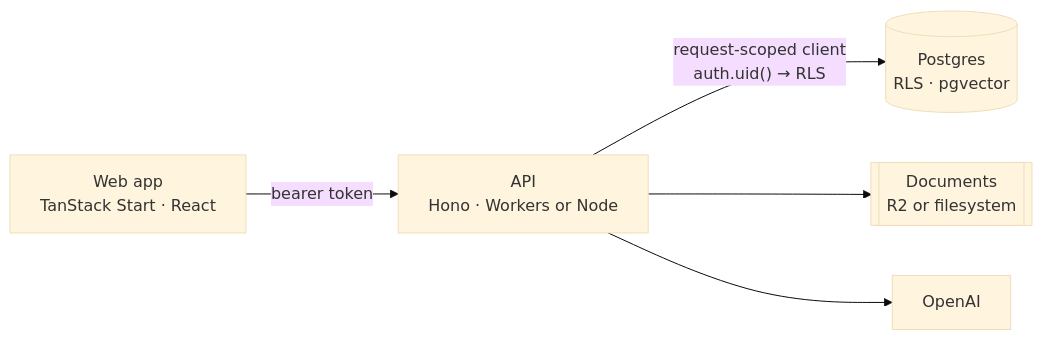
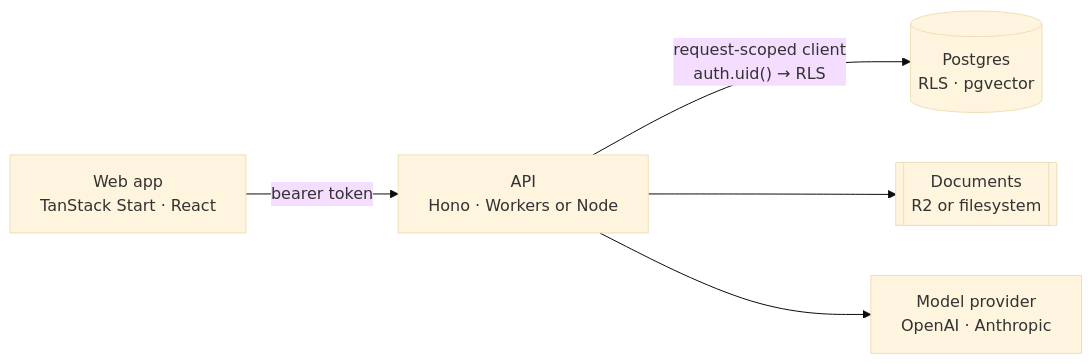
One commit to covan-ai/covan changed the diagram in README.md. Above: the diagram before and after it, drawn with Mermaid (base theme). The commit also changed other lines of this file and 37 other files, not shown here.

````diff
--- a/README.md
+++ b/README.md
@@ -120,13 +124,13 @@
 ```mermaid
 flowchart LR
   WEB["Web app<br/>TanStack Start · React"]
   API["API<br/>Hono · Workers or Node"]
   DB[("Postgres<br/>RLS · pgvector")]
   STORE[["Documents<br/>R2 or filesystem"]]
-  LLM["OpenAI"]
+  LLM["Model provider<br/>OpenAI · Anthropic"]
 
   WEB -->|"bearer token"| API
   API -->|"request-scoped client<br/>auth.uid() → RLS"| DB
   API --> STORE
   API --> LLM
 ```
````
